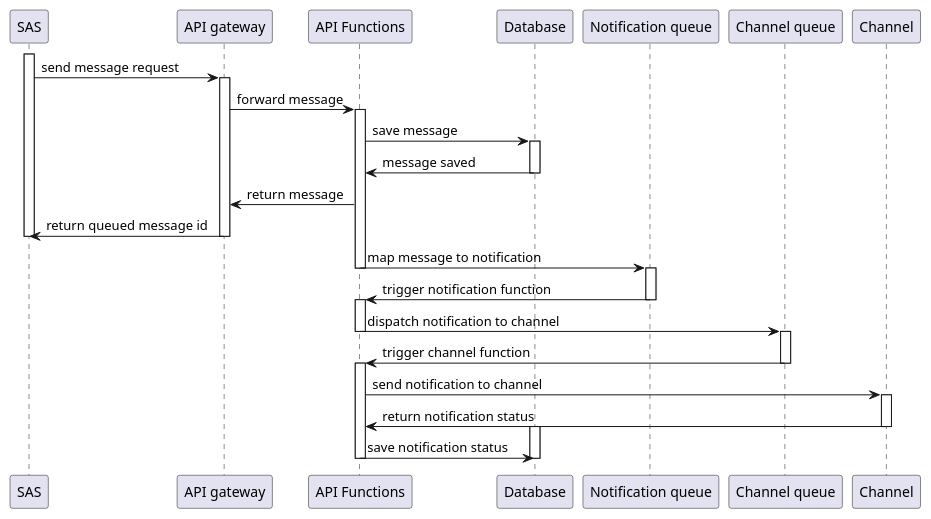
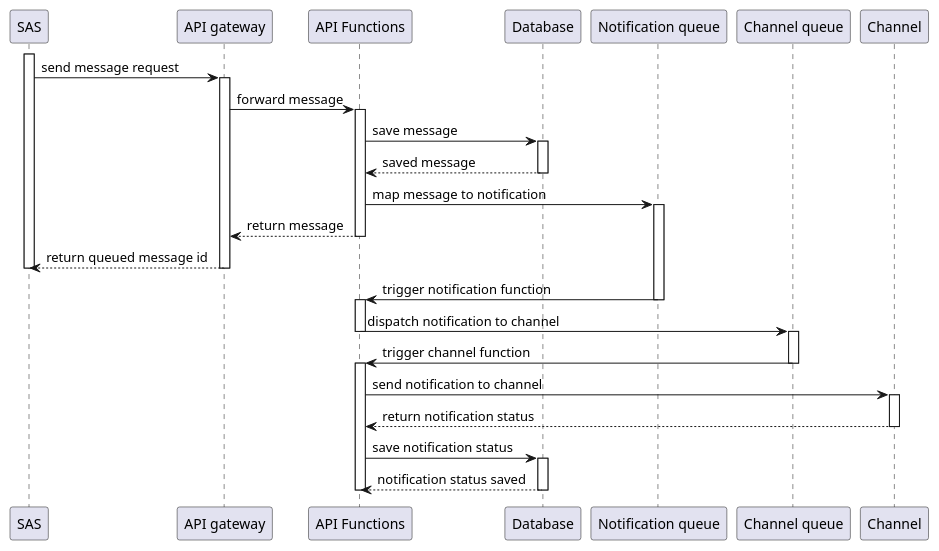
Before and after one commit to pagopa-archive/io: the diagram in docs/assets/send-message.puml, drawn with PlantUML. The commit also changed 1 other file, not shown here.

Commit message:
fix: sequence diagram

```diff
--- a/docs/assets/send-message.puml
+++ b/docs/assets/send-message.puml
@@ -1,33 +1,34 @@
 activate SAS
 SAS -> "API gateway": send message request
 activate "API gateway"
 "API gateway" -> "API Functions": forward message
 activate "API Functions"
 "API Functions" -> "Database": save message
 activate "Database"
-"Database" -> "API Functions": message saved
+"Database" --> "API Functions": saved message
 deactivate "Database"
-"API Functions" -> "API gateway": return message
-"API gateway" -> "SAS": return queued message id
+"API Functions" -> "Notification queue": map message to notification
+activate "Notification queue"
+"API Functions" --> "API gateway": return message
+deactivate "API Functions"
+"API gateway" --> "SAS": return queued message id
 deactivate "API gateway"
 deactivate SAS
-"API Functions" -> "Notification queue": map message to notification
-deactivate "API Functions"
-activate "Notification queue"
 "Notification queue" -> "API Functions": trigger notification function
 deactivate "Notification queue"
 activate "API Functions"
 "API Functions" -> "Channel queue": dispatch notification to channel
 deactivate "API Functions"
 activate "Channel queue"
 "Channel queue" -> "API Functions": trigger channel function
 deactivate "Channel queue"
 activate "API Functions"
 "API Functions" -> "Channel": send notification to channel
 activate "Channel"
-"Channel" -> "API Functions": return notification status
+"Channel" --> "API Functions": return notification status
 deactivate "Channel"
+"API Functions" -> "Database": save notification status
 activate "Database"
-"API Functions" -> "Database": save notification status
+"Database" --> "API Functions": notification status saved
+deactivate "Database"
 deactivate "API Functions"
-deactivate "Database"
```
